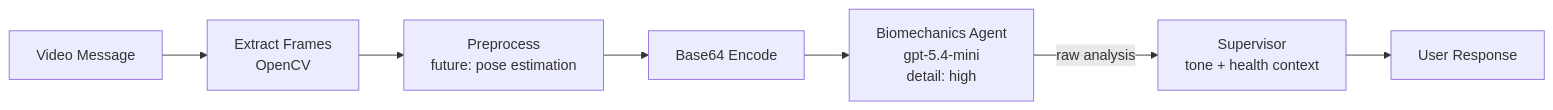
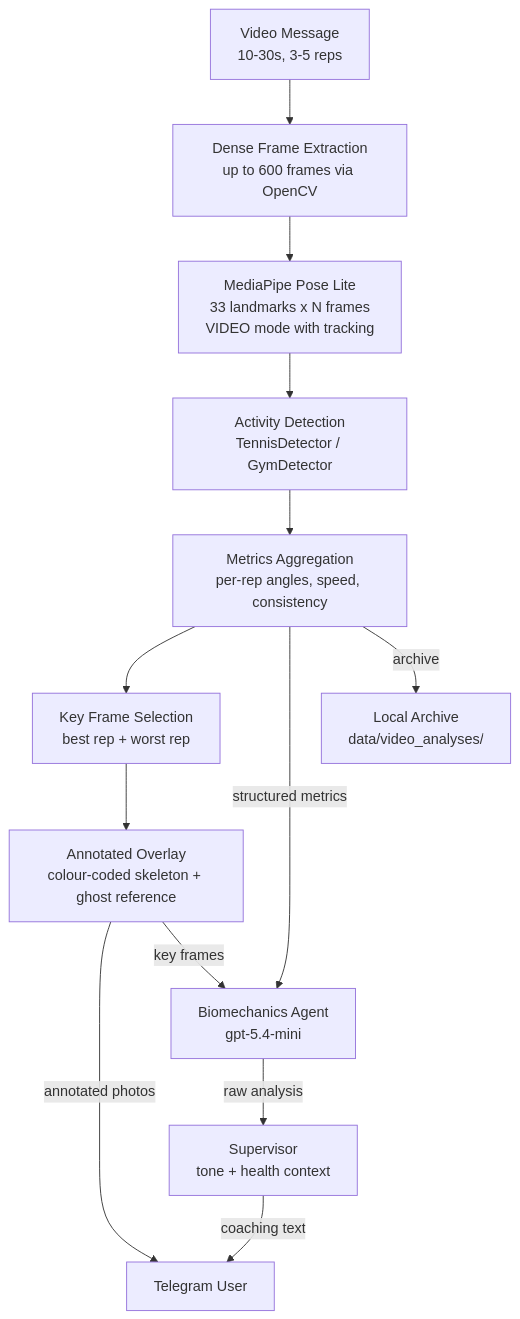
One commit to ald0405/whoop-data changed the second of 2 diagrams in whoopdata/agent/README.md. Above: the diagram before and after it, drawn with Mermaid. The commit also changed other lines of this file and 10 other files, not shown here.

First line of the commit message:
feat: MediaPipe pose overlay with dense local analysis and visual coaching (#47)

````diff
--- a/whoopdata/agent/README.md
+++ b/whoopdata/agent/README.md
@@ -49,9 +48,15 @@
 ```mermaid
-flowchart LR
-    V[Video Message] --> EF[Extract Frames<br/>OpenCV]
-    EF --> PP[Preprocess<br/>future: pose estimation]
-    PP --> B64[Base64 Encode]
-    B64 --> BA[Biomechanics Agent<br/>gpt-5.4-mini<br/>detail: high]
+flowchart TD
+    V[Video Message<br/>10-30s, 3-5 reps] --> EF[Dense Frame Extraction<br/>up to 600 frames via OpenCV]
+    EF --> MP[MediaPipe Pose Lite<br/>33 landmarks x N frames<br/>VIDEO mode with tracking]
+    MP --> AD[Activity Detection<br/>TennisDetector / GymDetector]
+    AD --> MA[Metrics Aggregation<br/>per-rep angles, speed, consistency]
+    MA --> KF[Key Frame Selection<br/>best rep + worst rep]
+    KF --> OV[Annotated Overlay<br/>colour-coded skeleton + ghost reference]
+    OV --> |annotated photos| TG[Telegram User]
+    MA --> |structured metrics| BA[Biomechanics Agent<br/>gpt-5.4-mini]
+    OV --> |key frames| BA
     BA --> |raw analysis| SUP[Supervisor<br/>tone + health context]
-    SUP --> USER[User Response]
+    SUP --> |coaching text| TG
+    MA --> |archive| AR[Local Archive<br/>data/video_analyses/]
 ```
````
